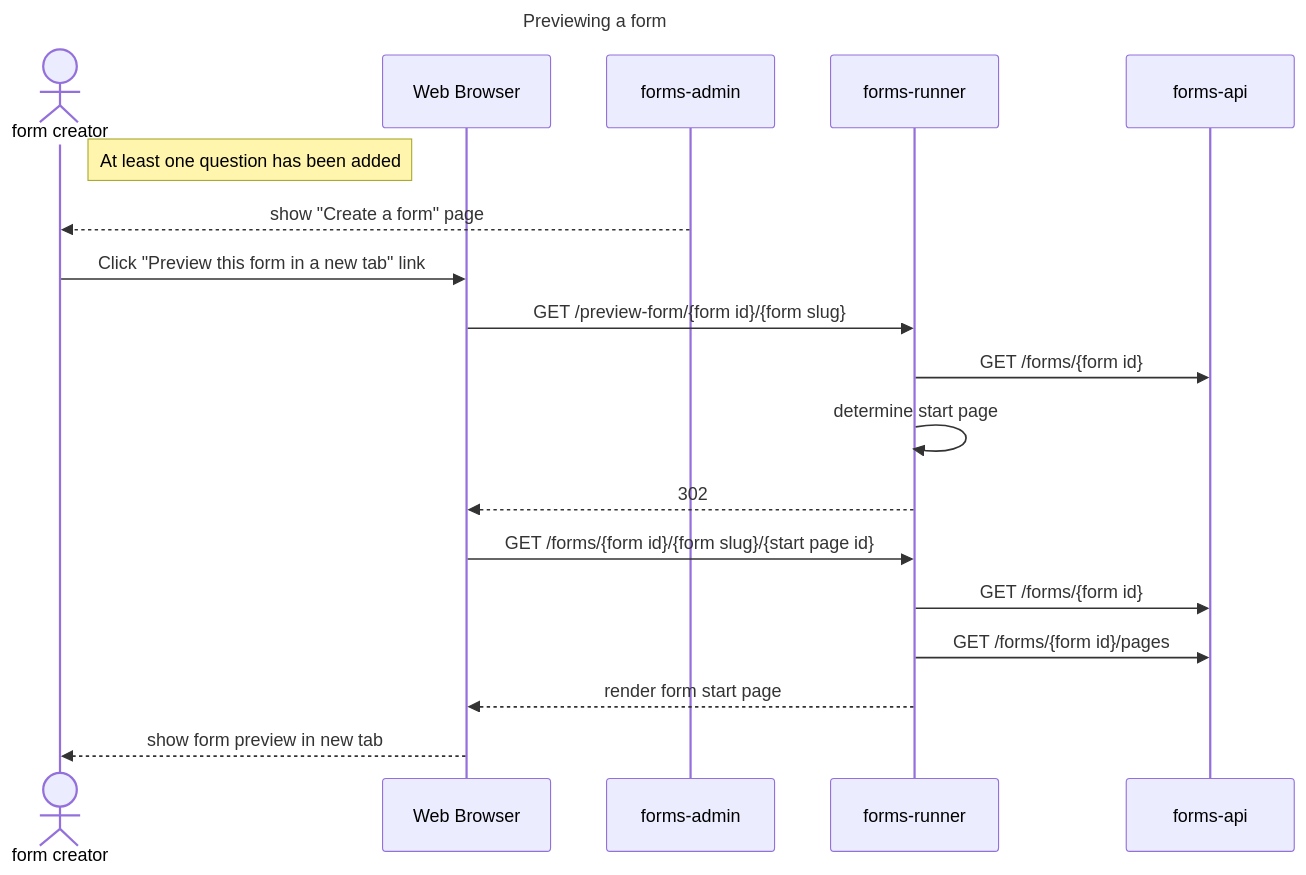
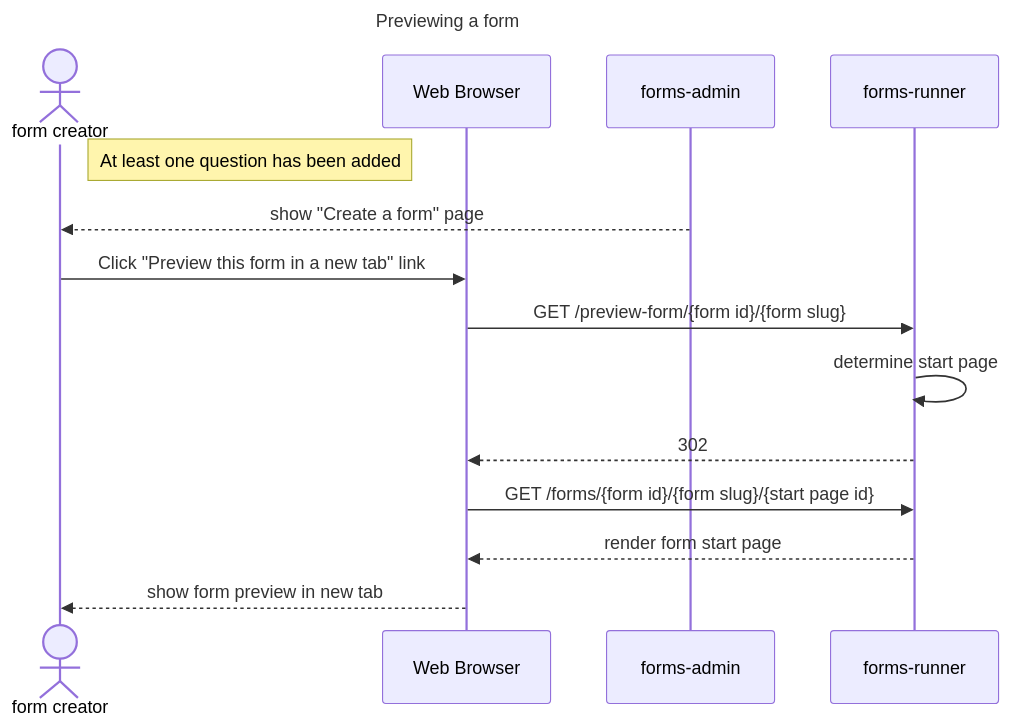
One commit to alphagov/forms changed the fifth of 5 diagrams in diagrams/sequence-diagrams/creating-a-form.md. Above: the diagram before and after it, drawn with Mermaid. The commit also changed other lines of this file and 3 other files, not shown here.

First line of the commit message:
Remove forms-api from sequence diagrams

````diff
--- a/diagrams/sequence-diagrams/creating-a-form.md
+++ b/diagrams/sequence-diagrams/creating-a-form.md
@@ -177,26 +149,21 @@
 ```mermaid 
 sequenceDiagram
   title Previewing a form
   actor user as form creator
   participant browser as Web Browser
   participant admin as forms-admin
   link admin: GitHub repo @ https://github.com/alphagov/forms-admin  
   participant runner as forms-runner
   link runner: GitHub repo @ https://github.com/alphagov/forms-runner  
-  participant api as forms-api
-  link api: GitHub repo @ https://github.com/alphagov/forms-api  
 
   note right of user: At least one question has been added
 
   admin-->>user: show "Create a form" page
   user->>browser: Click "Preview this form in a new tab" link
   browser->>runner: GET /preview-form/{form id}/{form slug}
-  runner->>api: GET /forms/{form id}
   runner->>runner: determine start page  
   runner-->>browser: 302
   browser->>runner: GET /forms/{form id}/{form slug}/{start page id}
-  runner->>api: GET /forms/{form id}
-  runner->>api: GET /forms/{form id}/pages
   runner-->>browser: render form start page
   browser-->>user: show form preview in new tab
 ```
````
